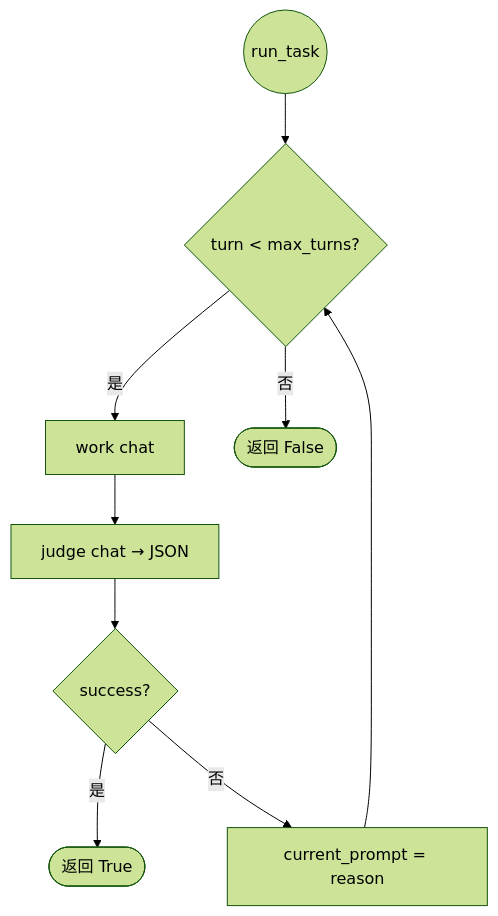
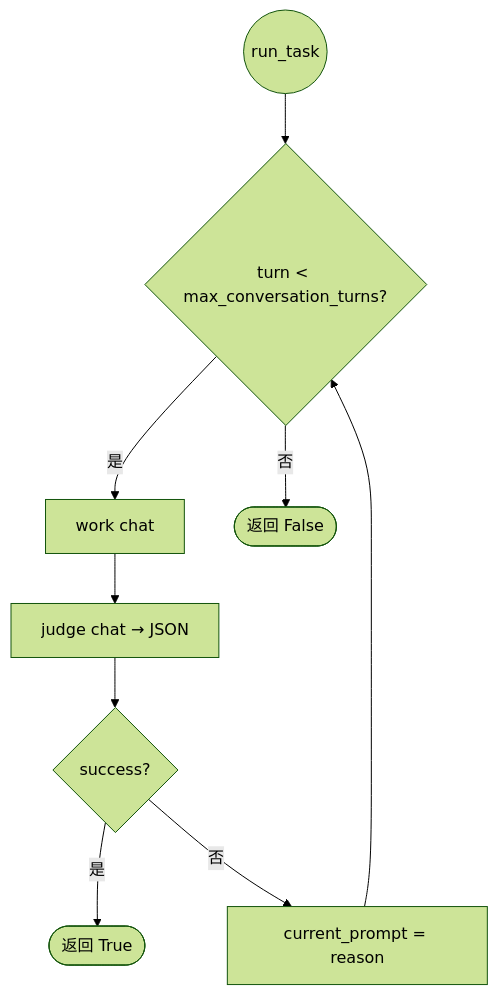
One commit to FeiZhuNiU-INFJA/LIFT changed the diagram in README.md. Above: the diagram before and after it, drawn with Mermaid (forest theme). The commit also changed other lines of this file and 13 other files, not shown here.

First line of the commit message:
refactor: 替换旧的EVAL_MAX_TURNS为新的max_conversation_turns配置

````diff
--- a/README.md
+++ b/README.md
@@ -199,11 +198,11 @@
 ```mermaid
 flowchart TD
-    A((run_task)) --> B{turn < max_turns?}
+    A((run_task)) --> B{turn < max_conversation_turns?}
     B -->|是| C[work chat]
     C --> D[judge chat → JSON]
     D --> E{success?}
     E -->|是| F([返回 True])
     E -->|否| G[current_prompt = reason]
     G --> B
     B -->|否| H([返回 False])
 ```
````
